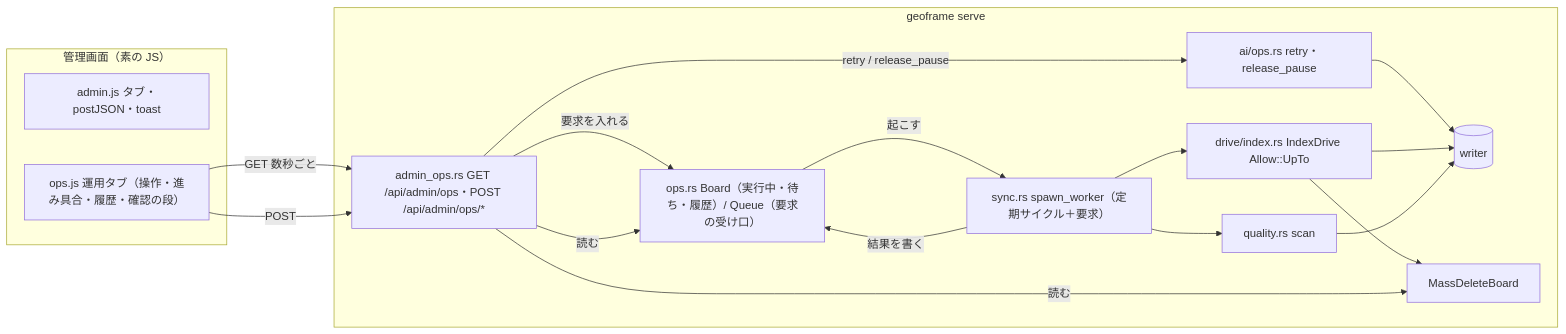
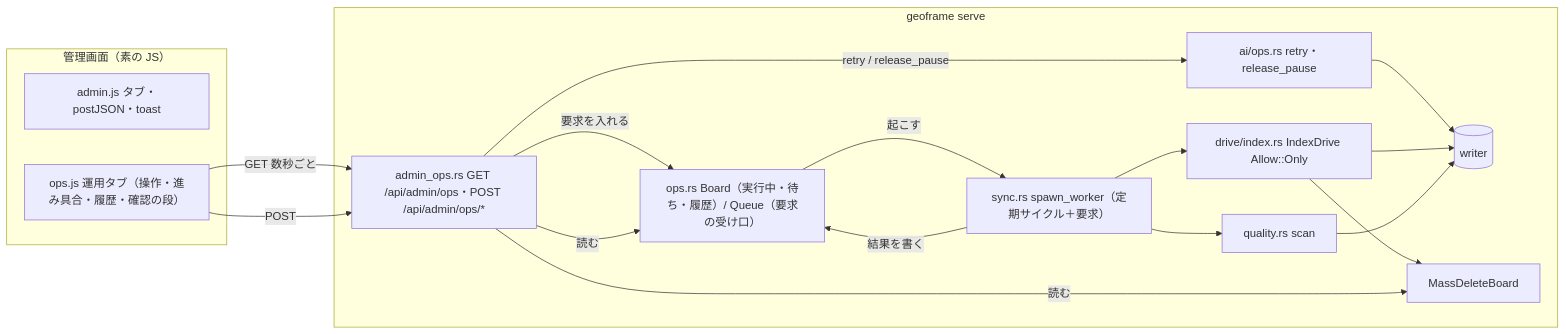
Before and after one commit to ysogabe/geoframe: the first of 2 diagrams in docs/admin-ops/design.md, drawn with Mermaid. The commit also changed other lines of this file and 1 other file, not shown here.

````diff
--- a/docs/admin-ops/design.md
+++ b/docs/admin-ops/design.md
@@ -150,26 +161,26 @@
 ```mermaid
 flowchart LR
   subgraph browser[管理画面（素の JS）]
     admin[admin.js タブ・postJSON・toast]
     ops[ops.js 運用タブ（操作・進み具合・履歴・確認の段）]
   end
   subgraph server[geoframe serve]
     opsapi[admin_ops.rs GET /api/admin/ops・POST /api/admin/ops/*]
     board[ops.rs Board（実行中・待ち・履歴）/ Queue（要求の受け口）]
     worker[sync.rs spawn_worker（定期サイクル＋要求）]
-    index[drive/index.rs IndexDrive Allow::UpTo]
+    index[drive/index.rs IndexDrive Allow::Only]
     quality[quality.rs scan]
     aiops[ai/ops.rs retry・release_pause]
     writer[(writer)]
     mdb[MassDeleteBoard]
   end
   ops -->|GET 数秒ごと| opsapi
   ops -->|POST| opsapi
   opsapi -->|要求を入れる| board
   opsapi -->|retry / release_pause| aiops --> writer
   board -->|起こす| worker
   worker --> index & quality --> writer
   index --> mdb
   worker -->|結果を書く| board
   opsapi -->|読む| board & mdb
 ```
````
